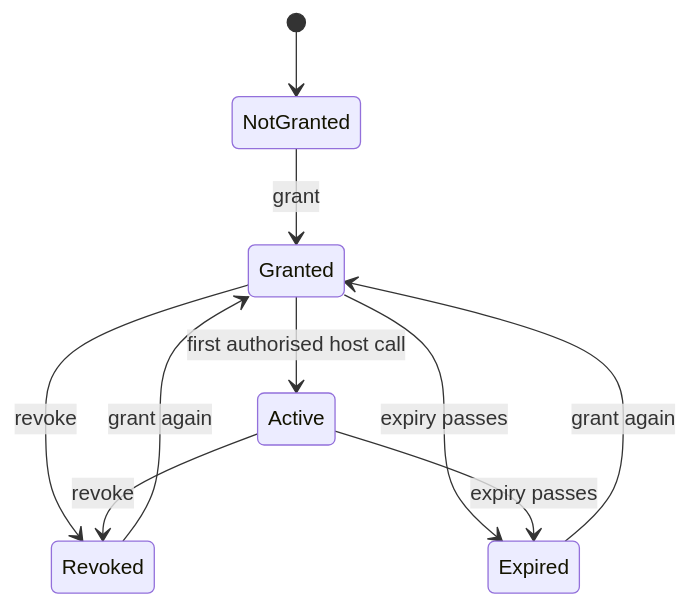
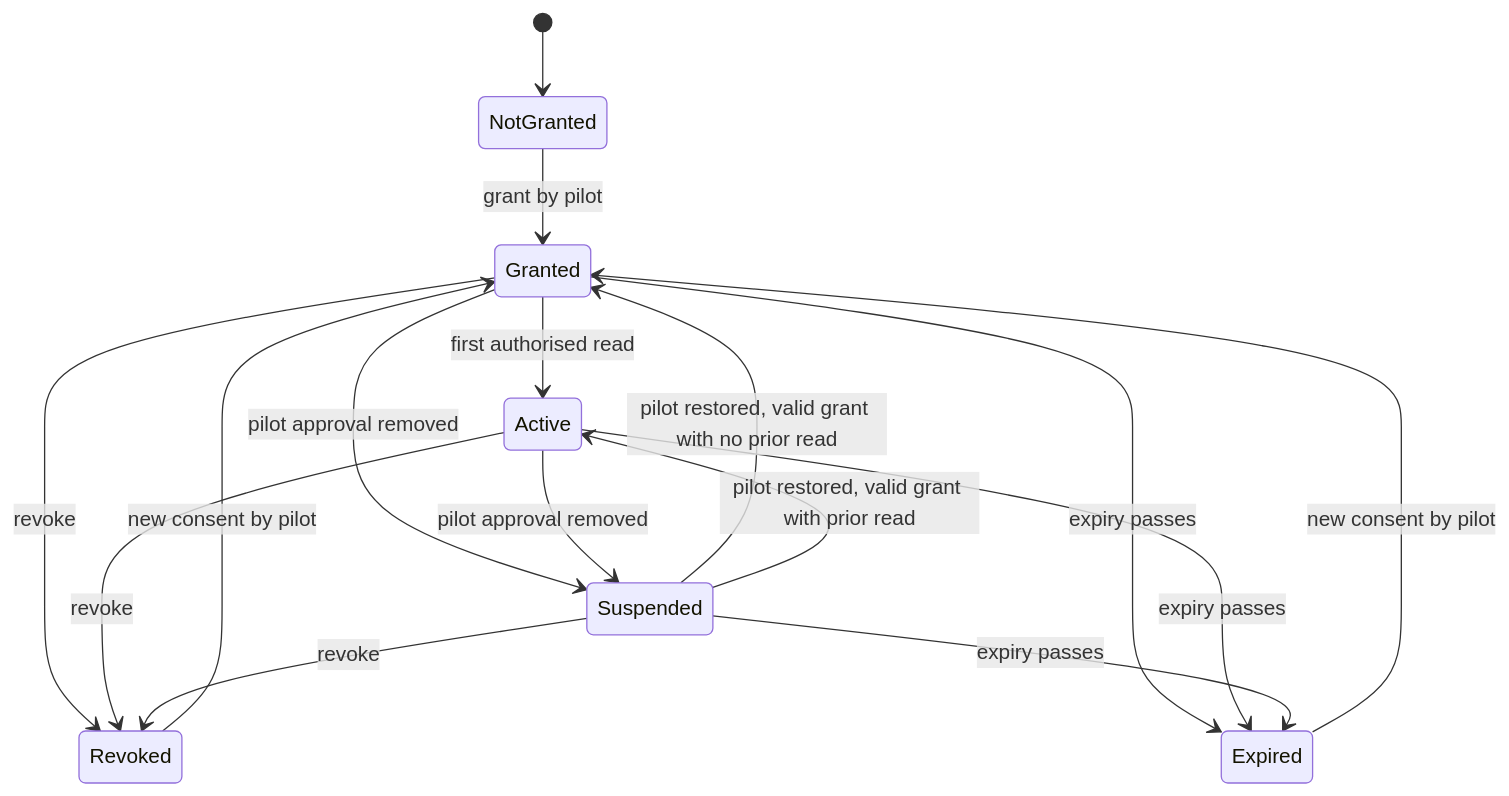
One commit to DriveToTech/ksiegowy-vibe changed the fifth of 10 diagrams in docs/specs/tax-advisor-connection-ux.md. Above: the diagram before and after it, drawn with Mermaid. The commit also changed other lines of this file and 10 other files, not shown here.

````diff
--- a/docs/specs/tax-advisor-connection-ux.md
+++ b/docs/specs/tax-advisor-connection-ux.md
@@ -328,12 +360,18 @@
 ```mermaid
 stateDiagram-v2
   [*] --> NotGranted
-  NotGranted --> Granted: grant
-  Granted --> Active: first authorised host call
+  NotGranted --> Granted: grant by pilot
+  Granted --> Active: first authorised read
+  Granted --> Suspended: pilot approval removed
+  Active --> Suspended: pilot approval removed
+  Suspended --> Granted: pilot restored, valid grant with no prior read
+  Suspended --> Active: pilot restored, valid grant with prior read
   Granted --> Revoked: revoke
   Active --> Revoked: revoke
+  Suspended --> Revoked: revoke
   Granted --> Expired: expiry passes
   Active --> Expired: expiry passes
-  Revoked --> Granted: grant again
-  Expired --> Granted: grant again
+  Suspended --> Expired: expiry passes
+  Revoked --> Granted: new consent by pilot
+  Expired --> Granted: new consent by pilot
 ```
````
